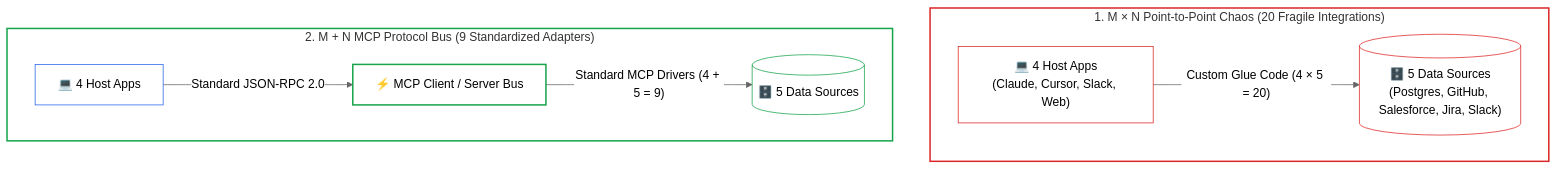
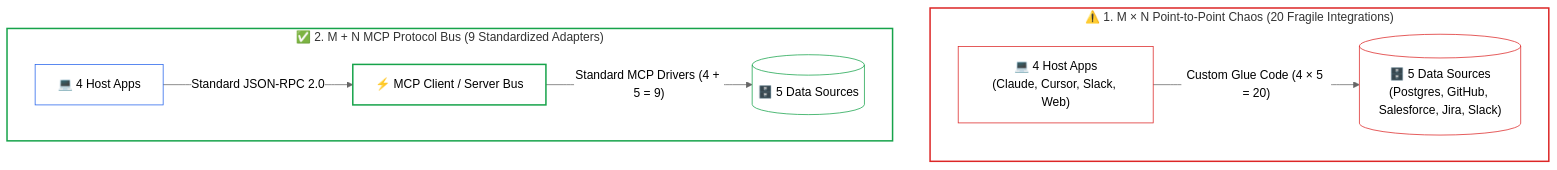
Before and after one commit to dip4k/senior-engineer-to-ai-engineer-roadmap: the second of 2 diagrams in 03-tools-and-model-context-protocol/00-tool-use-and-mcp-fundamentals.md, drawn with Mermaid (neutral theme). The commit also changed 94 other files, not shown here.

Commit message:
refactor(curriculum): complete Phase 04 upgrade and enforce diagram renderer invariants

````diff
--- a/03-tools-and-model-context-protocol/00-tool-use-and-mcp-fundamentals.md
+++ b/03-tools-and-model-context-protocol/00-tool-use-and-mcp-fundamentals.md
@@ -110,19 +110,19 @@
 ```mermaid
 flowchart TD
-    subgraph Siloed["1. M × N Point-to-Point Chaos (20 Fragile Integrations)"]
+    subgraph Siloed["⚠️ 1. M × N Point-to-Point Chaos (20 Fragile Integrations)"]
         H1["💻 4 Host Apps<br>(Claude, Cursor, Slack, Web)"] -->|"Custom Glue Code (4 × 5 = 20)"| D1[("🗄️ 5 Data Sources<br>(Postgres, GitHub, Salesforce, Jira, Slack)")]
     end
 
-    subgraph Unified["2. M + N MCP Protocol Bus (9 Standardized Adapters)"]
+    subgraph Unified["✅ 2. M + N MCP Protocol Bus (9 Standardized Adapters)"]
         H2["💻 4 Host Apps"] -->|"Standard JSON-RPC 2.0"| Bus["⚡ MCP Client / Server Bus"]
         Bus -->|"Standard MCP Drivers (4 + 5 = 9)"| D2[("🗄️ 5 Data Sources")]
     end
 
     style Siloed fill:none,stroke:#dc2626,stroke-width:2px;
     style Unified fill:none,stroke:#16a34a,stroke-width:2px;
     style H1 stroke:#dc2626,stroke-width:1px,fill:none;
     style D1 stroke:#dc2626,stroke-width:1px,fill:none;
     style H2 stroke:#2563eb,stroke-width:1px,fill:none;
     style Bus stroke:#16a34a,stroke-width:2px,fill:none;
     style D2 stroke:#16a34a,stroke-width:1px,fill:none;
 ```
````
